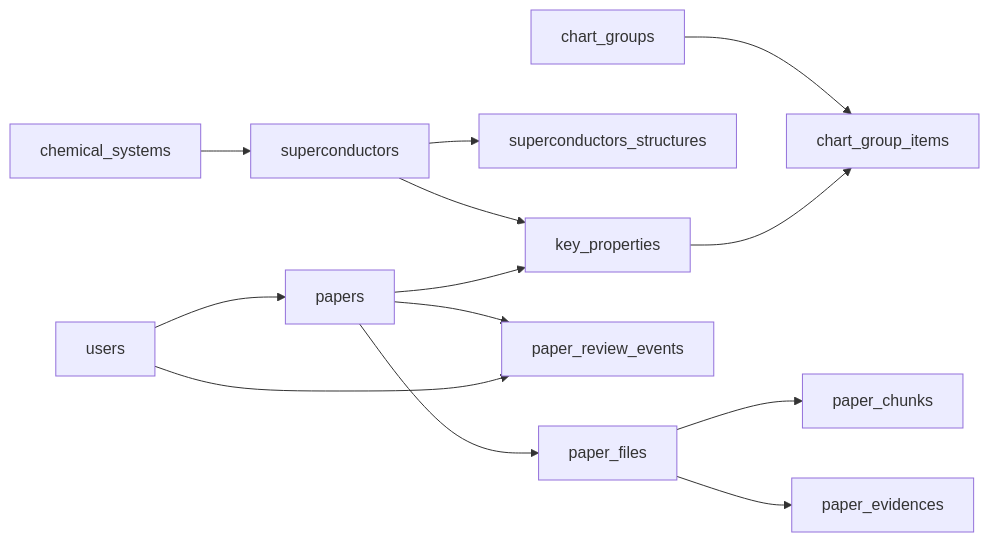
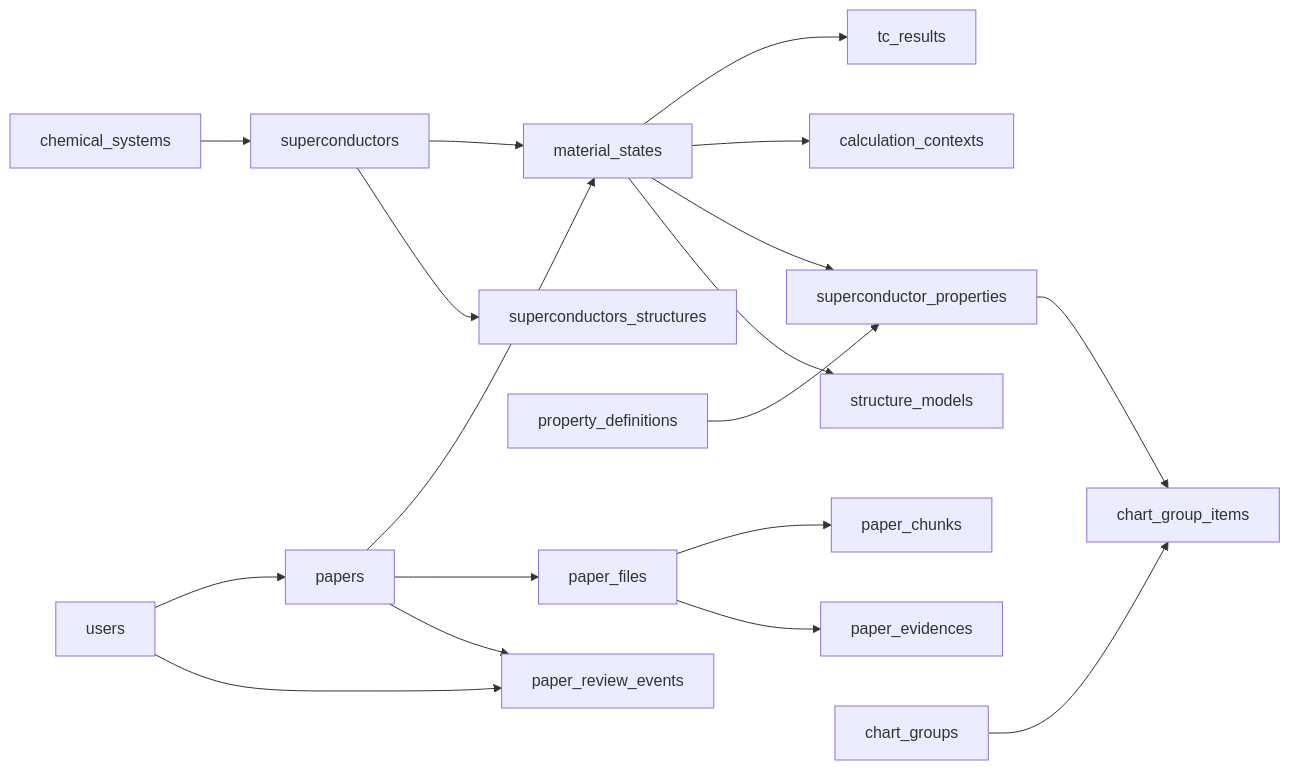
One commit to JLU-ICCMS-MaYuan/Conventional-SC-Dataset changed the diagram in docs/overview/02_Decentralized_Maintenance_and_Verification/mysql-schema-catalog.md. Above: the diagram before and after it, drawn with Mermaid. The commit also changed other lines of this file and 25 other files, not shown here.

````diff
--- a/docs/overview/02_Decentralized_Maintenance_and_Verification/mysql-schema-catalog.md
+++ b/docs/overview/02_Decentralized_Maintenance_and_Verification/mysql-schema-catalog.md
@@ -284,15 +272,20 @@
 ```mermaid
 flowchart LR
     CS[chemical_systems] --> SC[superconductors]
-    SC --> KP[key_properties]
+    SC --> MS[material_states]
     SC --> SS[superconductors_structures]
-    P[papers] --> KP
+    P[papers] --> MS
+    MS --> TR[tc_results]
+    MS --> CC[calculation_contexts]
+    MS --> SP[superconductor_properties]
+    MS --> SM[structure_models]
+    PD[property_definitions] --> SP
     P --> PF[paper_files]
     PF --> PC[paper_chunks]
     PF --> PE[paper_evidences]
     P --> PRE[paper_review_events]
     U[users] --> P
     U --> PRE
     CG[chart_groups] --> CGI[chart_group_items]
-    KP --> CGI
+    SP --> CGI
 ```
````
